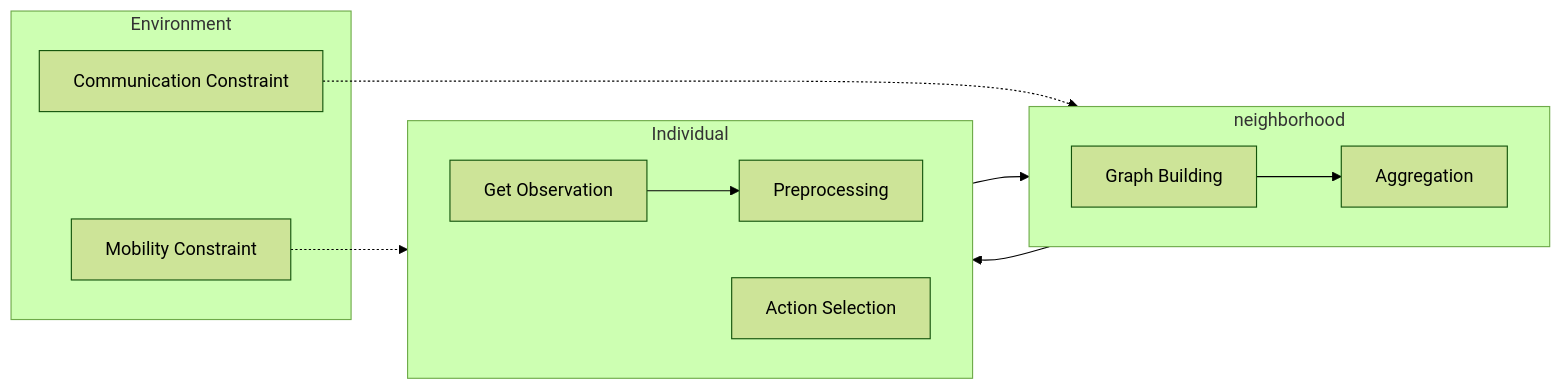
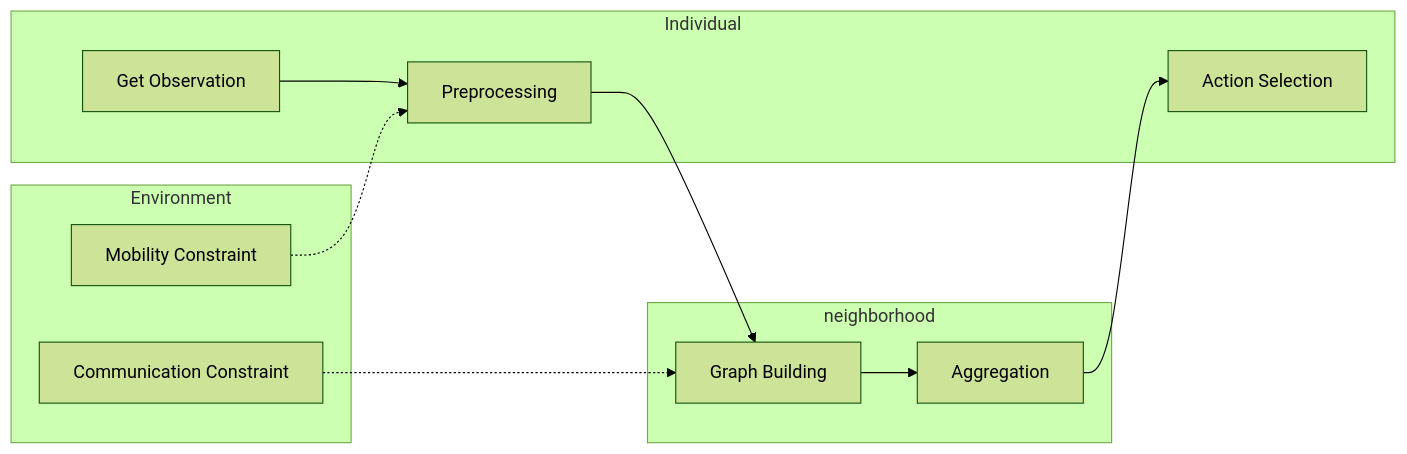
One commit to IDEAS-Lab-Purdue/GATAR changed the diagram in README.md. Above: the diagram before and after it, drawn with Mermaid (forest theme). The commit also changed other lines of this file and 7 other files, not shown here.

````diff
--- a/README.md
+++ b/README.md
@@ -23,46 +23,44 @@
 ```mermaid
 graph LR
     
     A[Get Observation]
     B[Preprocessing]
     C[Graph Building]
     D[Aggregation]
     E[Action Selection]
     F[Communication Constraint]
     G[Mobility Constraint]
 
 
     subgraph Environment
     F
     G
     end
 
     subgraph neighborhood
-    direction LR
         C
         D
         C-->D
     end
     
     
     subgraph Individual
          
         B
         A
-    direction LR
         A-->B
         E
     end
 
     direction LR
     B-->C
     D-->E
 
     F -.-> C
     G -.-> B
 
     
 
 
 
 ```
````
